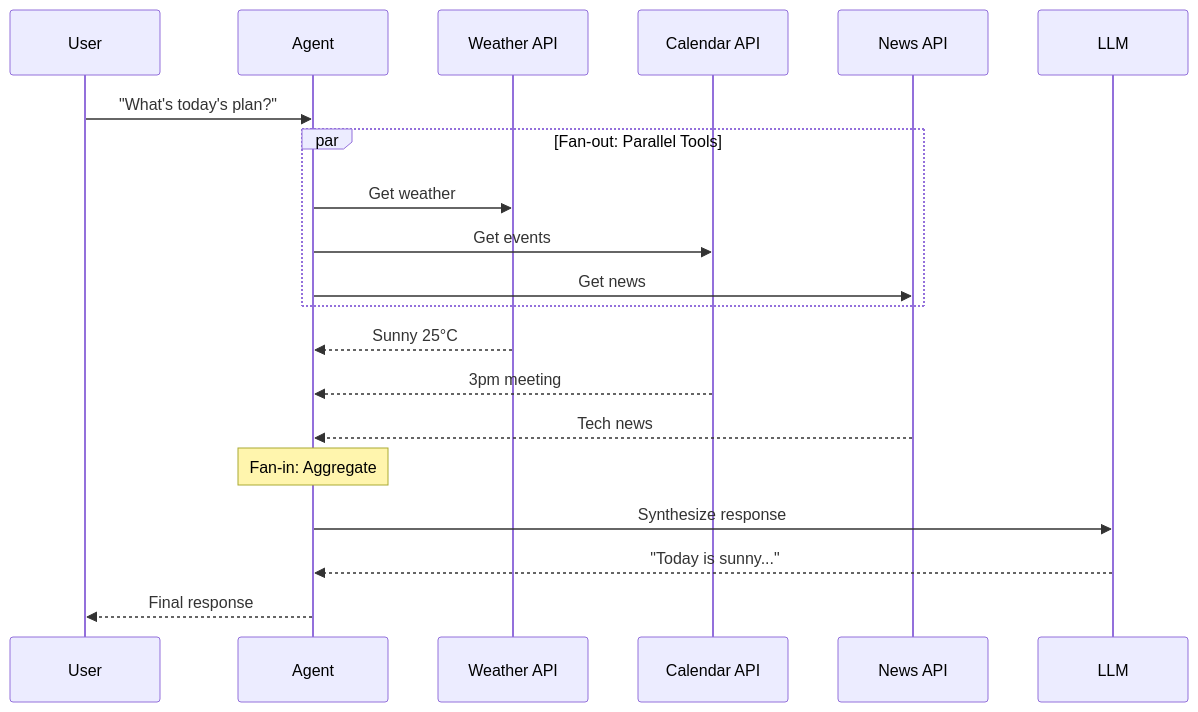
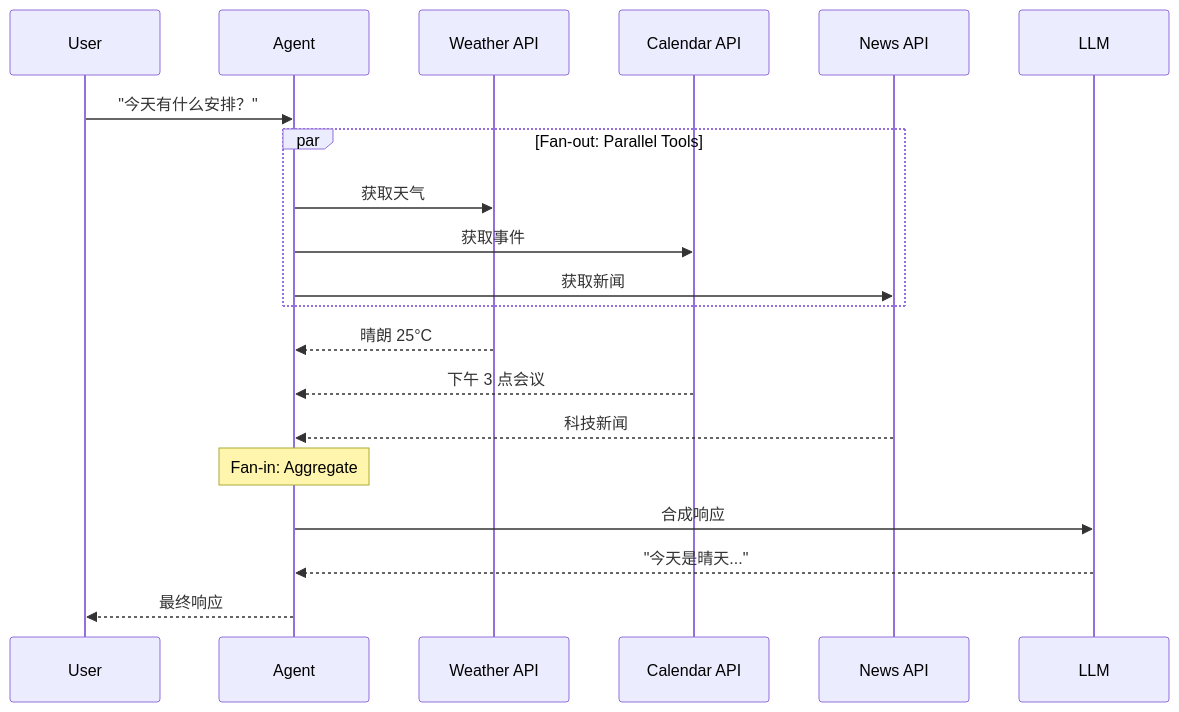
Before and after one commit to YiWang24/AiDIY: the seventh of 8 diagrams in i18n/zh-Hans/docusaurus-plugin-content-docs/current/engineering/backend/concurrency.md, drawn with Mermaid. The commit also changed other lines of this file and 26 other files, not shown here.

````diff
--- a/i18n/zh-Hans/docusaurus-plugin-content-docs/current/engineering/backend/concurrency.md
+++ b/i18n/zh-Hans/docusaurus-plugin-content-docs/current/engineering/backend/concurrency.md
@@ -1036,27 +1051,27 @@
 ```mermaid
 sequenceDiagram
     participant User
     participant Agent
     participant T1 as Weather API
     participant T2 as Calendar API
     participant T3 as News API
     participant LLM
 
-    User->>Agent: "What's today's plan?"
+    User->>Agent: "今天有什么安排？"
 
     par Fan-out: Parallel Tools
-        Agent->>T1: Get weather
-        Agent->>T2: Get events
-        Agent->>T3: Get news
+        Agent->>T1: 获取天气
+        Agent->>T2: 获取事件
+        Agent->>T3: 获取新闻
     end
 
-    T1-->>Agent: Sunny 25°C
-    T2-->>Agent: 3pm meeting
-    T3-->>Agent: Tech news
+    T1-->>Agent: 晴朗 25°C
+    T2-->>Agent: 下午 3 点会议
+    T3-->>Agent: 科技新闻
 
     Note over Agent: Fan-in: Aggregate
 
-    Agent->>LLM: Synthesize response
-    LLM-->>Agent: "Today is sunny..."
-    Agent-->>User: Final response
+    Agent->>LLM: 合成响应
+    LLM-->>Agent: "今天是晴天..."
+    Agent-->>User: 最终响应
 ```
````
